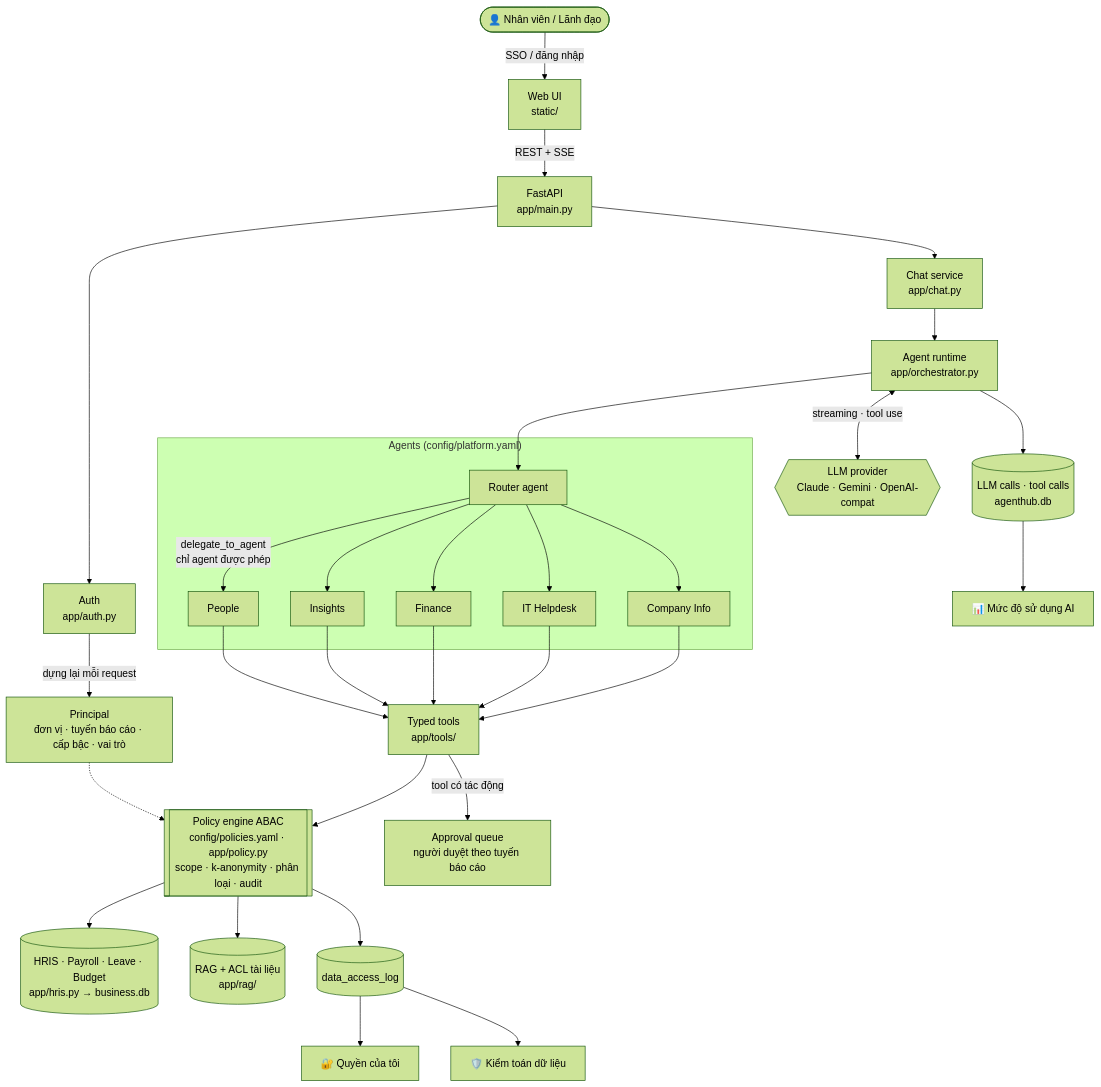
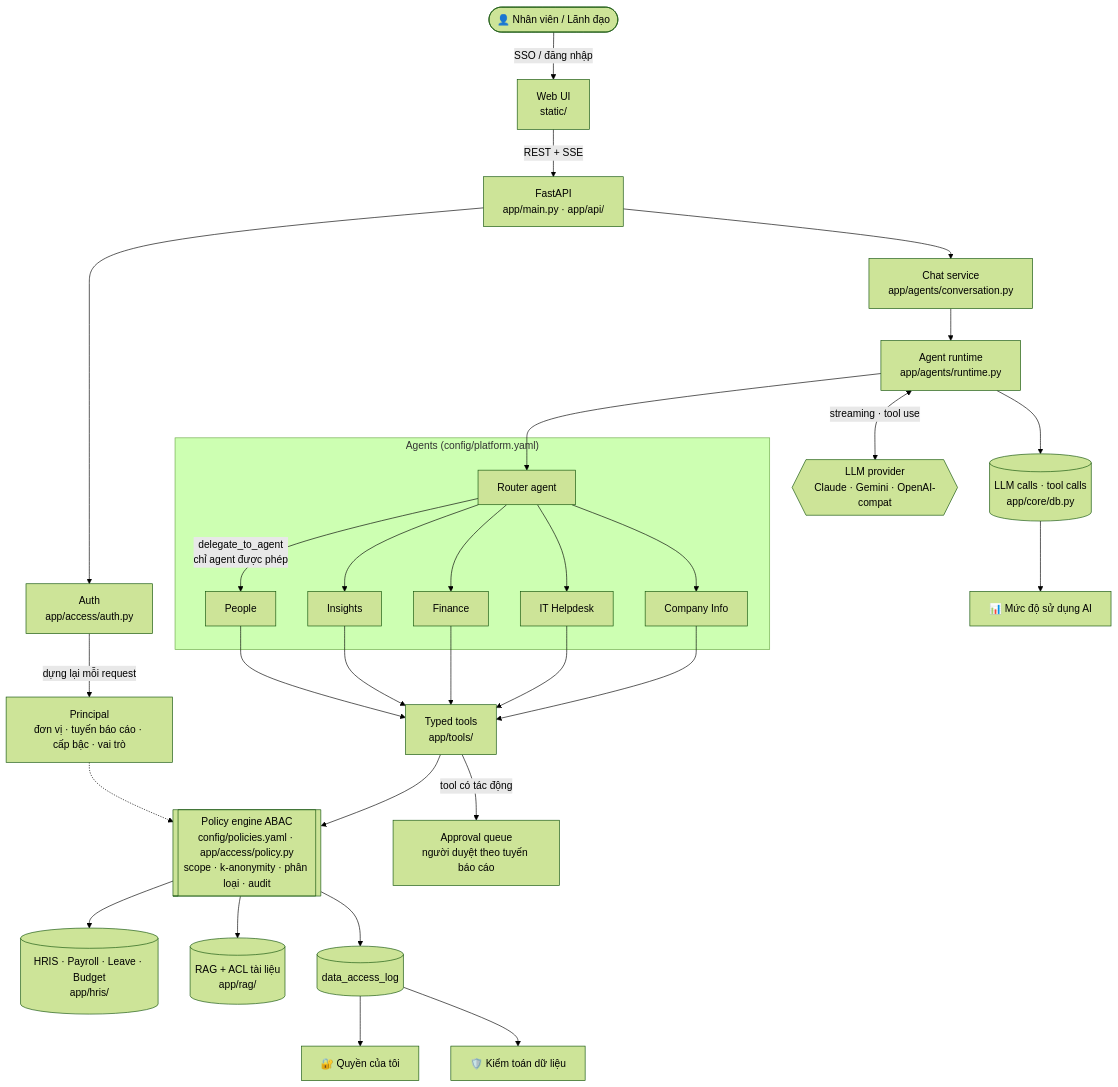
Before and after one commit to vandungvo/enterprise-agent-hub: the first of 4 diagrams in README.md, drawn with Mermaid (forest theme). The commit also changed other lines of this file, not shown here.

````diff
--- a/README.md
+++ b/README.md
@@ -89,36 +94,36 @@
 ```mermaid
 flowchart TB
     U([👤 Nhân viên / Lãnh đạo]) -->|SSO / đăng nhập| UI[Web UI<br/>static/]
-    UI -->|REST + SSE| API[FastAPI<br/>app/main.py]
-    API --> AUTH[Auth<br/>app/auth.py]
+    UI -->|REST + SSE| API[FastAPI<br/>app/main.py · app/api/]
+    API --> AUTH[Auth<br/>app/access/auth.py]
     AUTH -->|dựng lại mỗi request| PR[Principal<br/>đơn vị · tuyến báo cáo · cấp bậc · vai trò]
 
-    API --> CHAT[Chat service<br/>app/chat.py]
-    CHAT --> RT[Agent runtime<br/>app/orchestrator.py]
+    API --> CHAT[Chat service<br/>app/agents/conversation.py]
+    CHAT --> RT[Agent runtime<br/>app/agents/runtime.py]
 
     subgraph Agents["Agents (config/platform.yaml)"]
         R[Router agent]
         R -->|delegate_to_agent<br/>chỉ agent được phép| S1[People]
         R --> S2[Insights]
         R --> S3[Finance]
         R --> S4[IT Helpdesk]
         R --> S5[Company Info]
     end
     RT --> R
     RT <-->|streaming · tool use| LLM{{LLM provider<br/>Claude · Gemini · OpenAI-compat}}
 
     S1 & S2 & S3 & S4 & S5 --> TOOLS[Typed tools<br/>app/tools/]
 
-    TOOLS --> POL[[Policy engine ABAC<br/>config/policies.yaml · app/policy.py<br/>scope · k-anonymity · phân loại · audit]]
+    TOOLS --> POL[[Policy engine ABAC<br/>config/policies.yaml · app/access/policy.py<br/>scope · k-anonymity · phân loại · audit]]
     PR -.-> POL
 
-    POL --> HRIS[(HRIS · Payroll · Leave · Budget<br/>app/hris.py → business.db)]
+    POL --> HRIS[(HRIS · Payroll · Leave · Budget<br/>app/hris/)]
     POL --> RAG[(RAG + ACL tài liệu<br/>app/rag/)]
     TOOLS -->|tool có tác động| APQ[Approval queue<br/>người duyệt theo tuyến báo cáo]
 
     POL --> LOG[(data_access_log)]
-    RT --> OPS[(LLM calls · tool calls<br/>agenthub.db)]
+    RT --> OPS[(LLM calls · tool calls<br/>app/core/db.py)]
     LOG --> V1[🔐 Quyền của tôi]
     LOG --> V2[🛡️ Kiểm toán dữ liệu]
     OPS --> V3[📊 Mức độ sử dụng AI]
 ```
````
